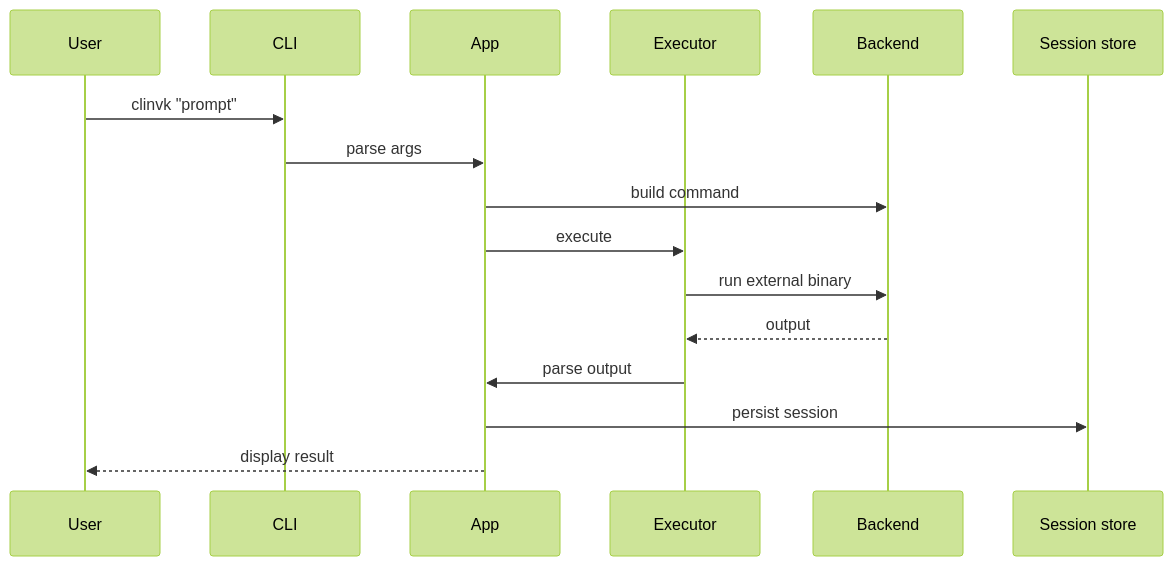
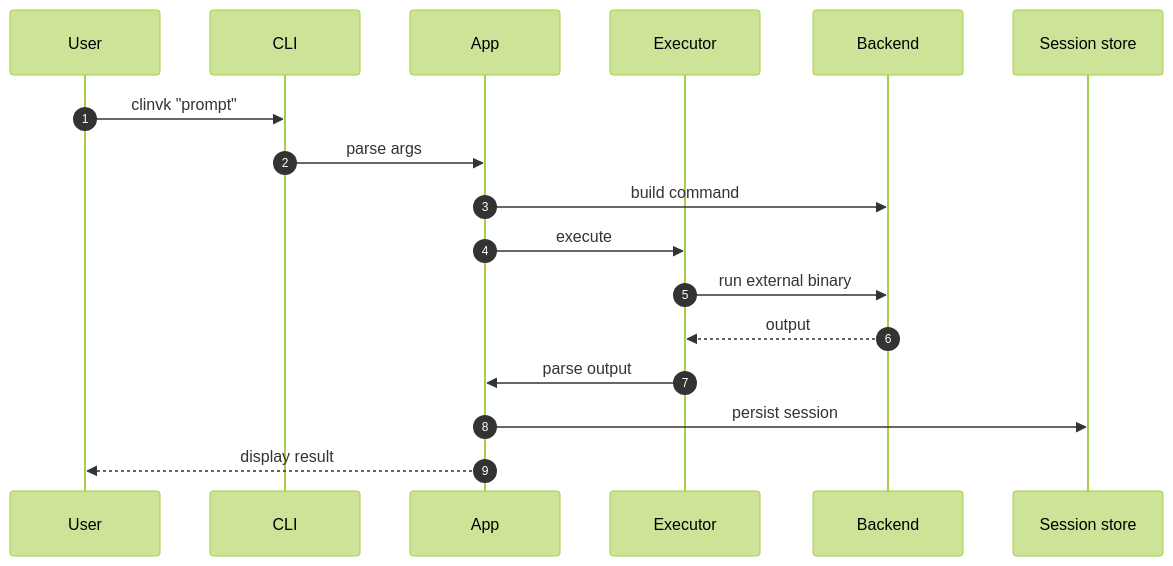
One commit to signalridge/clinvoker changed the second of 4 diagrams in docs/development/architecture.md. Above: the diagram before and after it, drawn with Mermaid (forest theme). The commit also changed other lines of this file and 1 other file, not shown here.

First line of the commit message:
docs: restore sequence diagrams with text explanations

````diff
--- a/docs/development/architecture.md
+++ b/docs/development/architecture.md
@@ -128,19 +135,20 @@
 ```mermaid
 sequenceDiagram
+    autonumber
     participant User
     participant CLI
     participant App
     participant Exec as Executor
     participant Backend
     participant Store as Session store
 
     User->>CLI: clinvk "prompt"
     CLI->>App: parse args
     App->>Backend: build command
     App->>Exec: execute
     Exec->>Backend: run external binary
     Backend-->>Exec: output
     Exec->>App: parse output
     App->>Store: persist session
     App-->>User: display result
 ```
````
